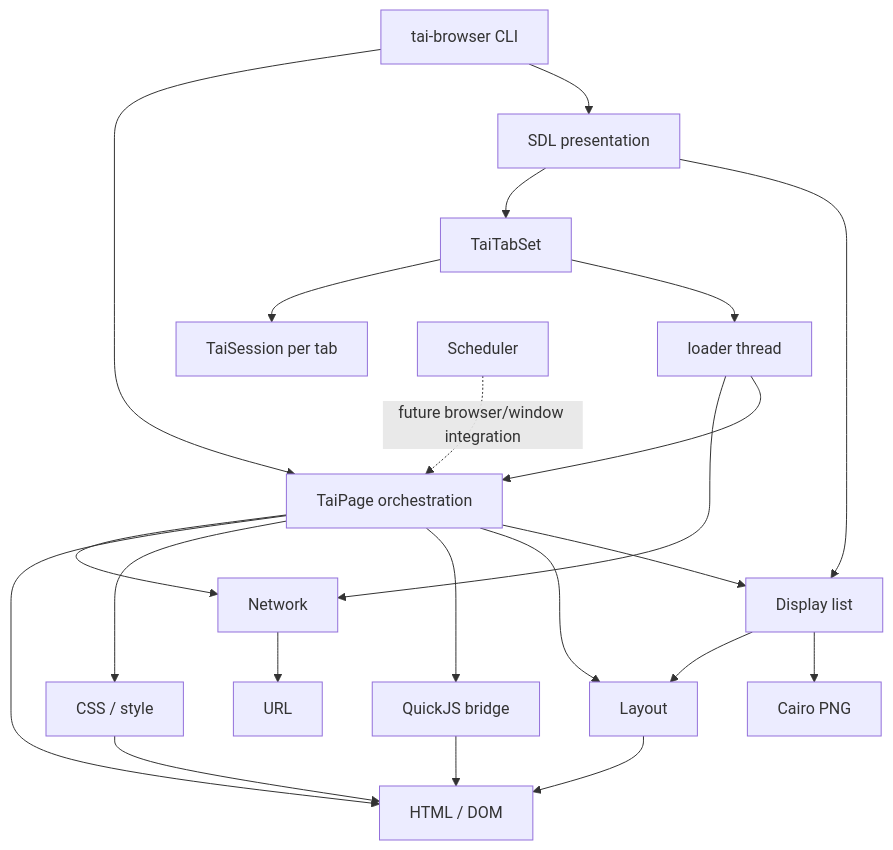
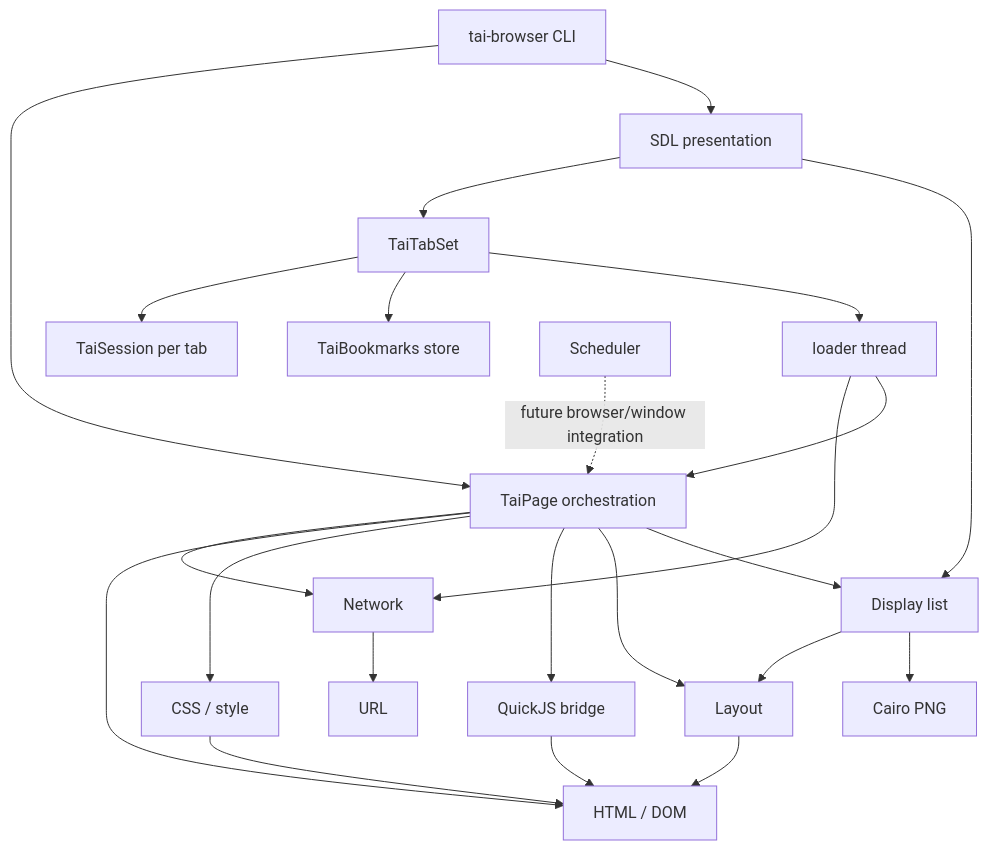
The diagram in ARCHITECTURE.md (paulboul1013/tai_ci), drawn with Mermaid before and after one commit. The commit also changed other lines of this file and 22 other files, not shown here.

````diff
--- a/ARCHITECTURE.md
+++ b/ARCHITECTURE.md
@@ -73,24 +74,25 @@
 ```mermaid
 graph TD
   CLI[tai-browser CLI] --> Page[TaiPage orchestration]
   Page --> Network[Network]
   Page --> DOM[HTML / DOM]
   Page --> CSS[CSS / style]
   Page --> JS[QuickJS bridge]
   Page --> Layout[Layout]
   Page --> Display[Display list]
   Network --> URL[URL]
   CSS --> DOM
   JS --> DOM
   Layout --> DOM
   Display --> Layout
   Display --> Cairo[Cairo PNG]
   CLI --> Window[SDL presentation]
   Window --> Tabs[TaiTabSet]
   Tabs --> Sessions[TaiSession per tab]
+  Tabs --> Bookmarks[TaiBookmarks store]
   Tabs --> Loader[loader thread]
   Loader --> Network
   Loader --> Page
   Window --> Display
   Scheduler[Scheduler] -. future browser/window integration .-> Page
 ```
````
